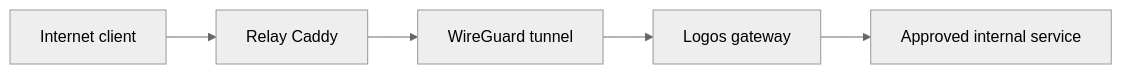
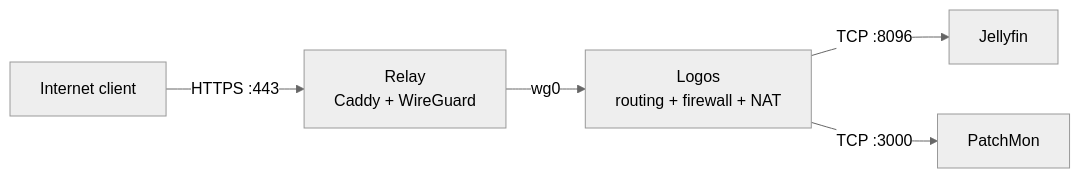
The diagram in docs/relay/relay.md (kCn3333/homelab), drawn with Mermaid (neutral theme) before and after one commit. The commit also changed other lines of this file, not shown here.

Commit message:
docs: document relay vps

````diff
--- a/docs/relay/relay.md
+++ b/docs/relay/relay.md
@@ -22,7 +24,7 @@
 ```mermaid
 flowchart LR
-    U["Internet client"] --> C["Relay Caddy"]
-    C --> W["WireGuard tunnel"]
-    W --> L["Logos gateway"]
-    L --> S["Approved internal service"]
+    client["Internet client"] -->|"HTTPS :443"| relay["Relay<br/>Caddy + WireGuard"]
+    relay -->|"wg0"| logos["Logos<br/>routing + firewall + NAT"]
+    logos -->|"TCP :8096"| jellyfin["Jellyfin"]
+    logos -->|"TCP :3000"| patchmon["PatchMon"]
 ```
````
